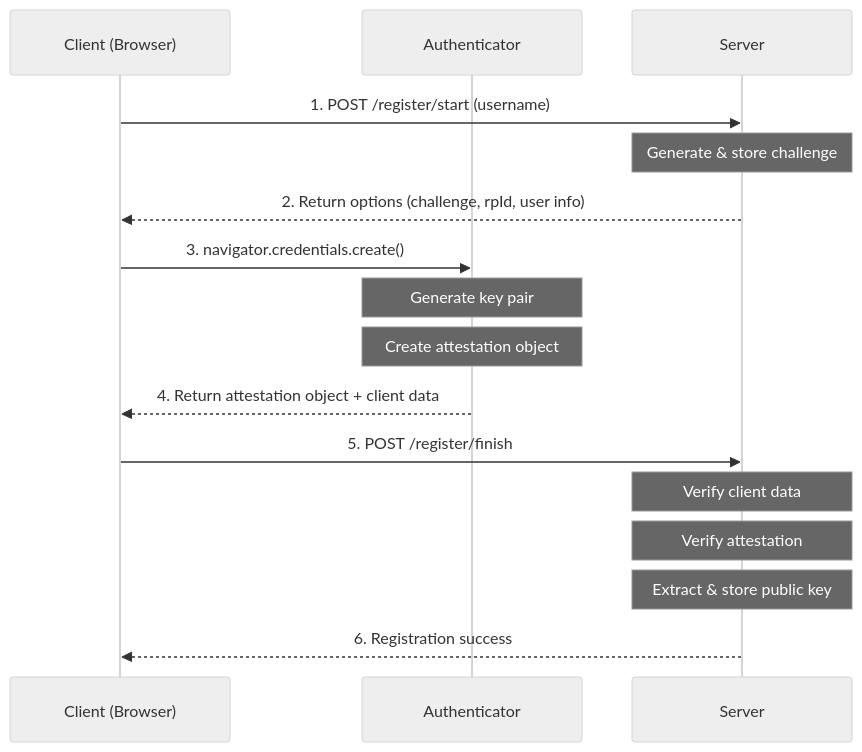
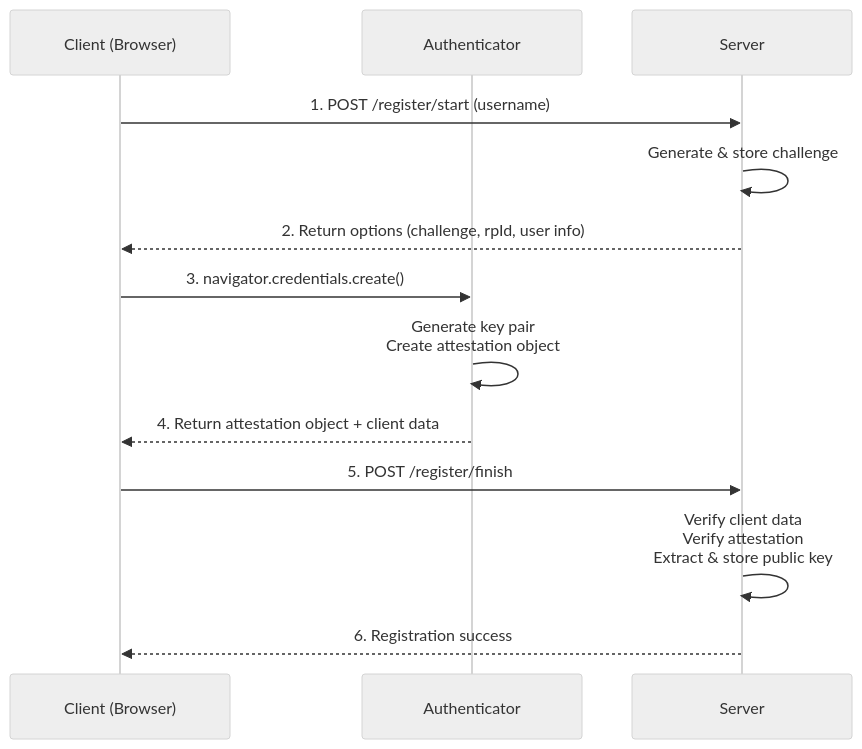
One commit to ktaka-ccmp/oauth2-passkey-talks changed the diagram in 2026-03-31-tokyo-rust/diagrams/passkey-register-flow.mmd. Above: the diagram before and after it, drawn with Mermaid (neutral theme). The commit also changed 20 other files, not shown here.

```diff
--- a/2026-03-31-tokyo-rust/diagrams/passkey-register-flow.mmd
+++ b/2026-03-31-tokyo-rust/diagrams/passkey-register-flow.mmd
@@ -1,20 +1,17 @@
 %%{init: {'sequence': {'width': 220}}}%%
 sequenceDiagram
     participant C as Client (Browser)
     participant A as Authenticator
     participant S as Server
 
     C->>S: 1. POST /register/start (username)
-    Note over S: Generate & store challenge
+    S->>S: Generate & store challenge
     S-->>C: 2. Return options (challenge, rpId, user info)
 
     C->>A: 3. navigator.credentials.create()
-    Note over A: Generate key pair
-    Note over A: Create attestation object
+    A->>A: Generate key pair<br/>Create attestation object
     A-->>C: 4. Return attestation object + client data
 
     C->>S: 5. POST /register/finish
-    Note over S: Verify client data
-    Note over S: Verify attestation
-    Note over S: Extract & store public key
+    S->>S: Verify client data<br/>Verify attestation<br/>Extract & store public key
     S-->>C: 6. Registration success
```
